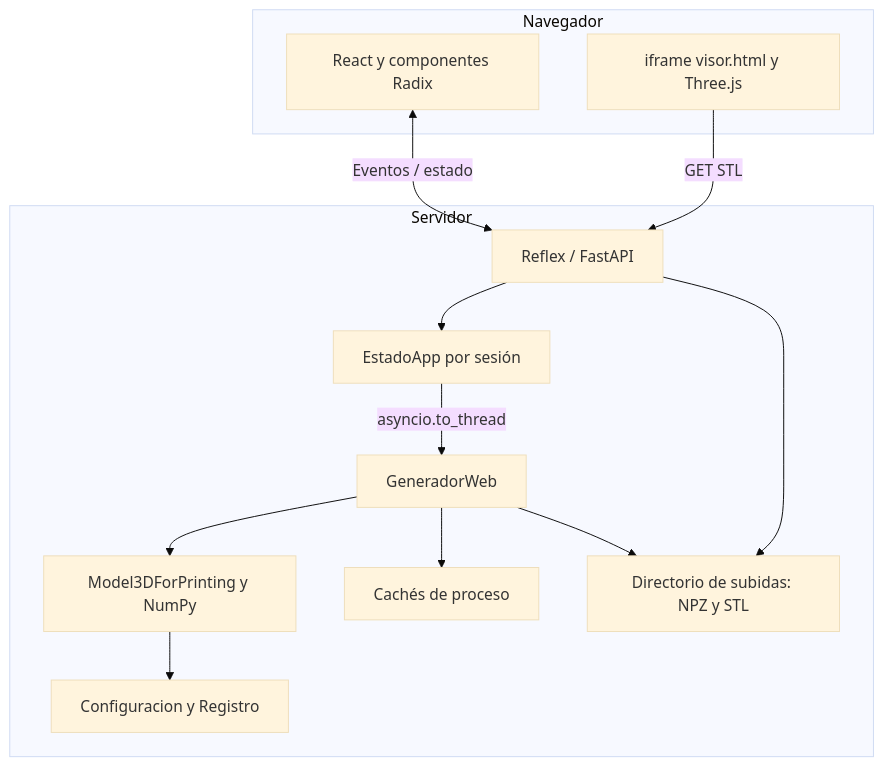
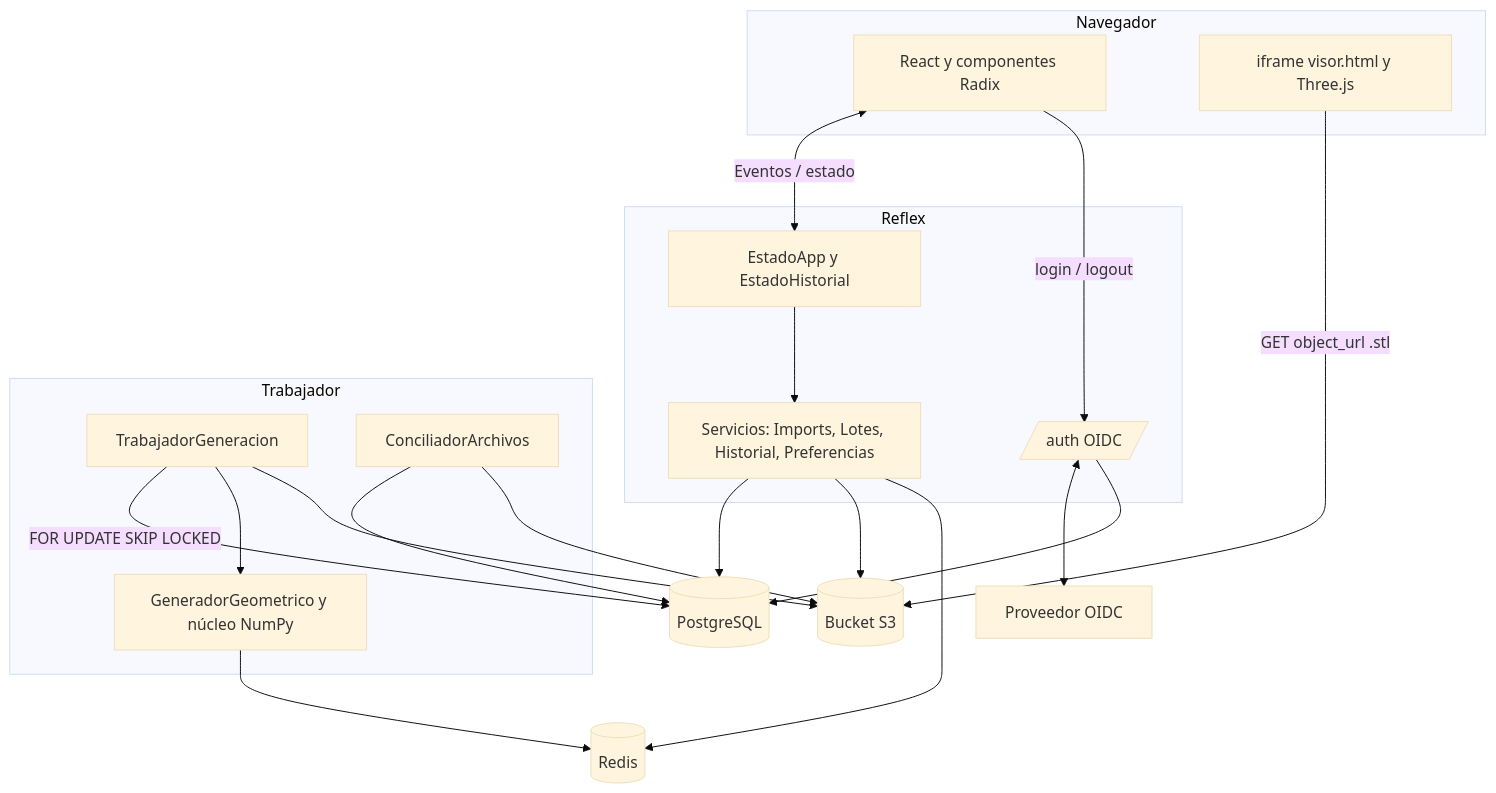
The second of 3 diagrams in docs/AppBackend/ARQUITECTURA.md (MateoDG2006/GenerateModelsApp), drawn with Mermaid (base theme) before and after one commit. The commit also changed other lines of this file and 29 other files, not shown here.

````diff
--- a/docs/AppBackend/ARQUITECTURA.md
+++ b/docs/AppBackend/ARQUITECTURA.md
@@ -13,25 +37,36 @@
 ```mermaid
 flowchart TB
   subgraph Navegador
     R[React y componentes Radix]
     I[iframe visor.html y Three.js]
   end
-  subgraph Servidor
-    RX[Reflex / FastAPI]
-    E[EstadoApp por sesión]
-    G[GeneradorWeb]
-    K[Model3DForPrinting y NumPy]
-    C[Configuracion y Registro]
-    RAM[Cachés de proceso]
-    FS[Directorio de subidas: NPZ y STL]
+  subgraph Reflex
+    A[/auth OIDC/]
+    E[EstadoApp y EstadoHistorial]
+    S[Servicios: Imports, Lotes, Historial, Preferencias]
   end
-  R <-->|Eventos / estado| RX
-  RX --> E
-  E -->|asyncio.to_thread| G
-  G --> K
-  G --> RAM
-  G --> FS
-  K --> C
-  I -->|GET STL| RX
-  RX --> FS
+  subgraph Trabajador
+    T[TrabajadorGeneracion]
+    G[GeneradorGeometrico y núcleo NumPy]
+    C[ConciliadorArchivos]
+  end
+  DB[(PostgreSQL)]
+  B[(Bucket S3)]
+  RD[(Redis)]
+  IDP[Proveedor OIDC]
+  R <-->|Eventos / estado| E
+  R -->|login / logout| A
+  A <--> IDP
+  A --> DB
+  E --> S
+  S --> DB
+  S --> B
+  S --> RD
+  T -->|FOR UPDATE SKIP LOCKED| DB
+  T --> G
+  G --> RD
+  T --> B
+  C --> DB
+  C --> B
+  I -->|GET object_url .stl| B
 ```
````
